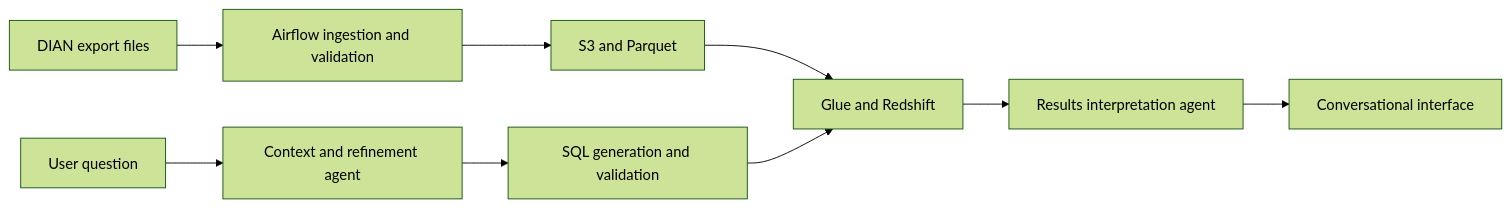
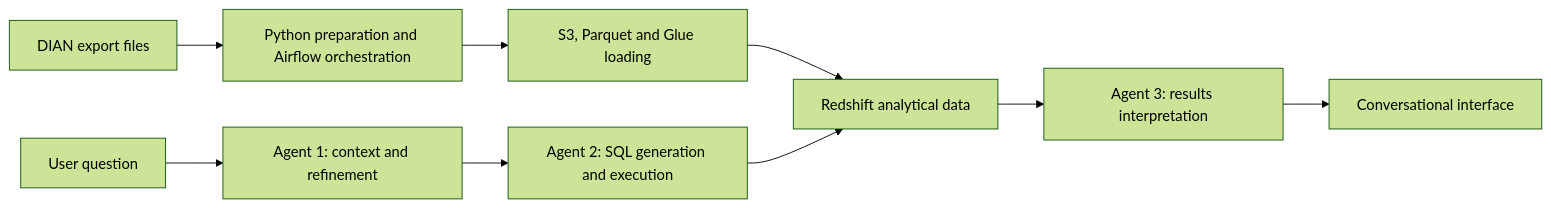
Before and after one commit to Nathalyhl/code-sample-nlp: the diagram in README.md, drawn with Mermaid (forest theme). The commit also changed other lines of this file and 2 other files, not shown here.

````diff
--- a/README.md
+++ b/README.md
@@ -69,11 +35,11 @@
 ```mermaid
 flowchart LR
-    A[DIAN export files] --> B[Airflow ingestion and validation]
-    B --> C[S3 and Parquet]
-    C --> D[Glue and Redshift]
-    U[User question] --> E[Context and refinement agent]
-    E --> F[SQL generation and validation]
+    A[DIAN export files] --> B[Python preparation and Airflow orchestration]
+    B --> C[S3, Parquet and Glue loading]
+    C --> D[Redshift analytical data]
+    U[User question] --> E[Agent 1: context and refinement]
+    E --> F[Agent 2: SQL generation and execution]
     F --> D
-    D --> G[Results interpretation agent]
+    D --> G[Agent 3: results interpretation]
     G --> H[Conversational interface]
 ```
````
